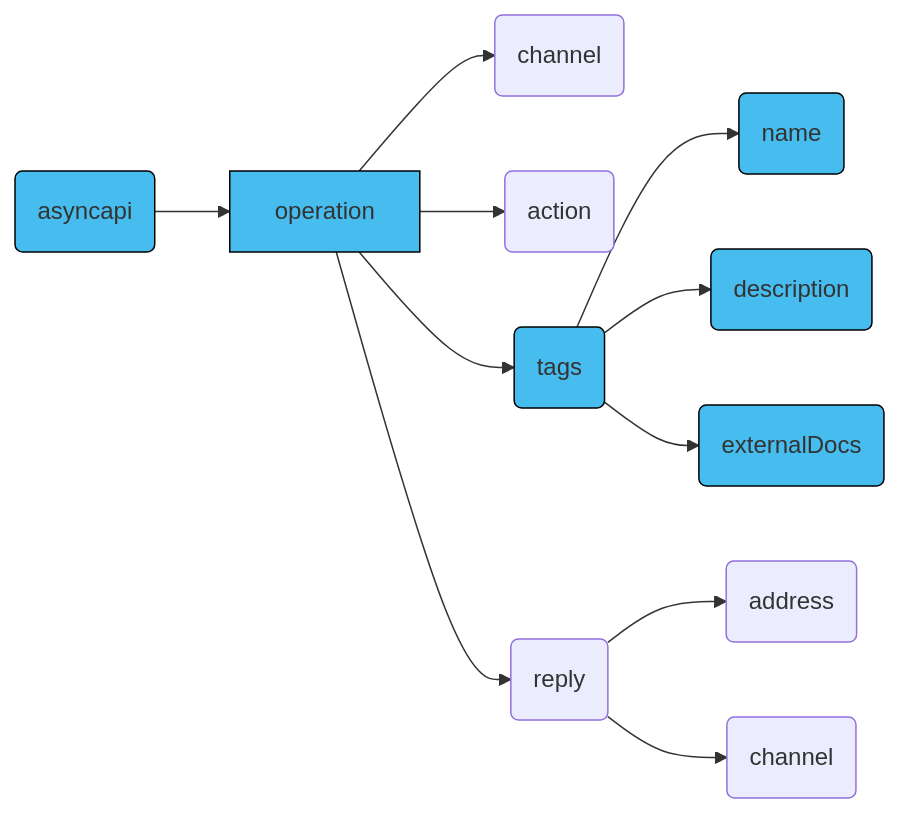
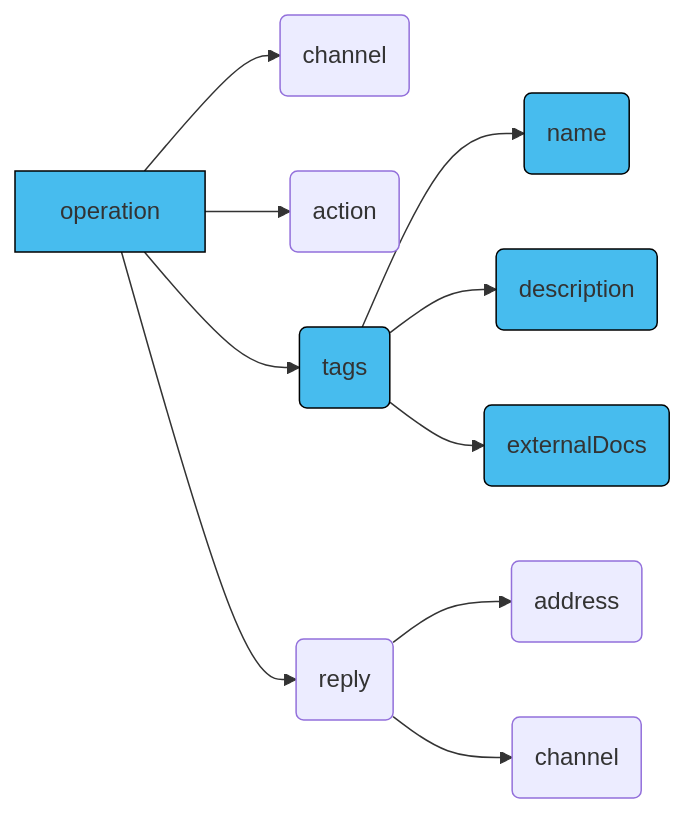
The fourth of 5 diagrams in pages/docs/concepts/asyncapi-document/tags.md (asyncapi/website), drawn with Mermaid before and after one commit. The commit also changed other lines of this file, not shown here.

Commit message:
update diagrams to component level

````diff
--- a/pages/docs/concepts/asyncapi-document/tags.md
+++ b/pages/docs/concepts/asyncapi-document/tags.md
@@ -177,31 +169,28 @@
 ```mermaid
 graph LR
   A[operation]
   E(channel)
   F(action)
   H(tags)
   L(reply)
   M(address)
   N(channel)
-  W(asyncapi)
   X(name)
   Y(description)
   Z(externalDocs)
-  
-  W --> A
+
   A --> E
   A --> F
   A --> H
   A --> L
   L --> M
   L --> N
   H --> X
   H --> Y
   H --> Z
   style A fill:#47BCEE,stroke:#000;
   style Z fill:#47BCEE,stroke:#000;
-  style W fill:#47BCEE,stroke:#000;
   style H fill:#47BCEE,stroke:#000;
   style Y fill:#47BCEE,stroke:#000;
   style X fill:#47BCEE,stroke:#000;
 ```
````
